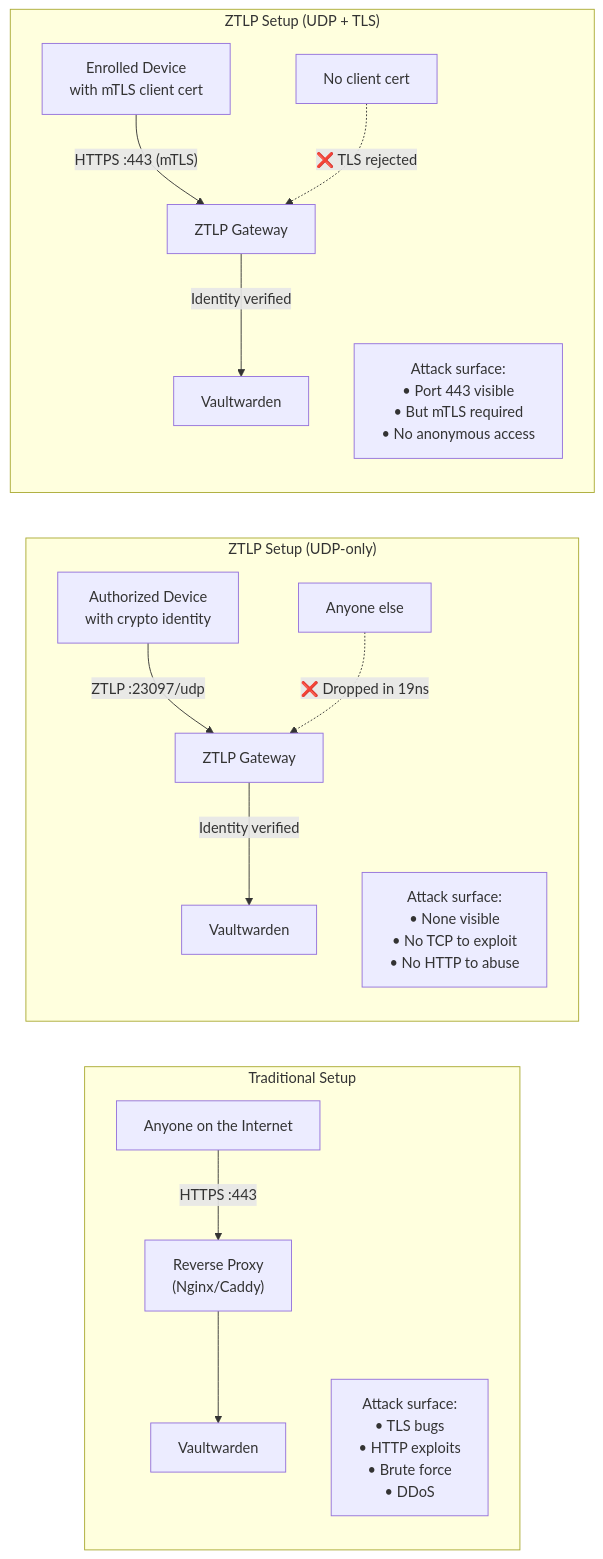
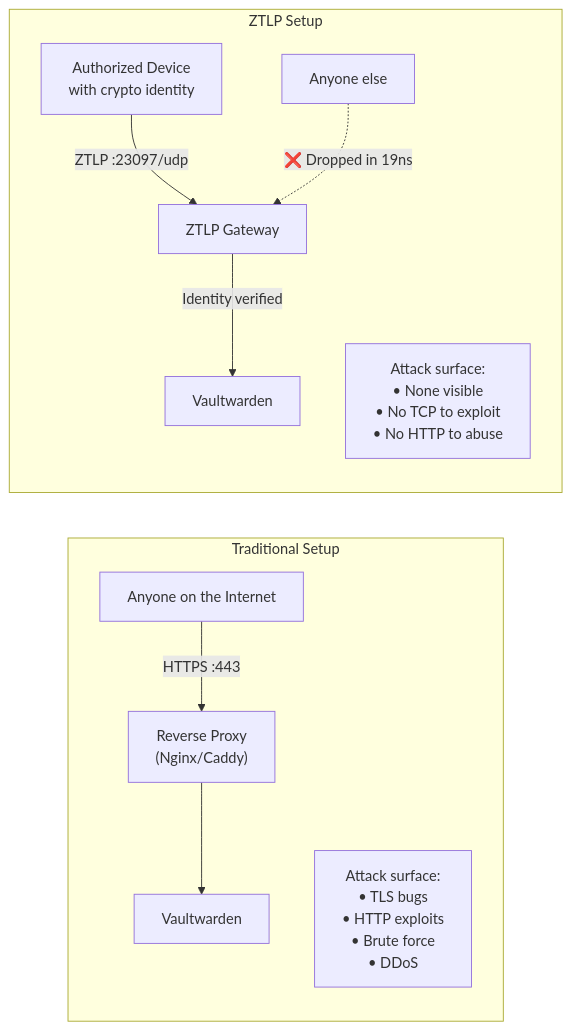
One commit to priceflex/ztlp changed the third of 5 diagrams in examples/vaultwarden/README.md. Above: the diagram before and after it, drawn with Mermaid. The commit also changed other lines of this file and 3 other files, not shown here.

Commit message:
docs: reframe Vaultwarden TLS as internal defense-in-depth, remove browser access path

````diff
--- a/examples/vaultwarden/README.md
+++ b/examples/vaultwarden/README.md
@@ -549,22 +360,15 @@
 ```mermaid
 graph LR
     subgraph Traditional["Traditional Setup"]
         A["Anyone on the Internet"] -->|"HTTPS :443"| RP["Reverse Proxy<br/>(Nginx/Caddy)"]
         RP --> VW1["Vaultwarden"]
         Note1["Attack surface:<br/>• TLS bugs<br/>• HTTP exploits<br/>• Brute force<br/>• DDoS"]
     end
 
-    subgraph ZTLP_Setup["ZTLP Setup (UDP-only)"]
+    subgraph ZTLP_Setup["ZTLP Setup"]
         B["Authorized Device<br/>with crypto identity"] -->|"ZTLP :23097/udp"| GW2["ZTLP Gateway"]
         GW2 -->|"Identity verified"| VW2["Vaultwarden"]
         C["Anyone else"] -.->|"❌ Dropped in 19ns"| GW2
         Note2["Attack surface:<br/>• None visible<br/>• No TCP to exploit<br/>• No HTTP to abuse"]
     end
-
-    subgraph ZTLP_TLS["ZTLP Setup (UDP + TLS)"]
-        D["Enrolled Device<br/>with mTLS client cert"] -->|"HTTPS :443 (mTLS)"| GW3["ZTLP Gateway"]
-        GW3 -->|"Identity verified"| VW3["Vaultwarden"]
-        E["No client cert"] -.->|"❌ TLS rejected"| GW3
-        Note3["Attack surface:<br/>• Port 443 visible<br/>• But mTLS required<br/>• No anonymous access"]
-    end
 ```
````
